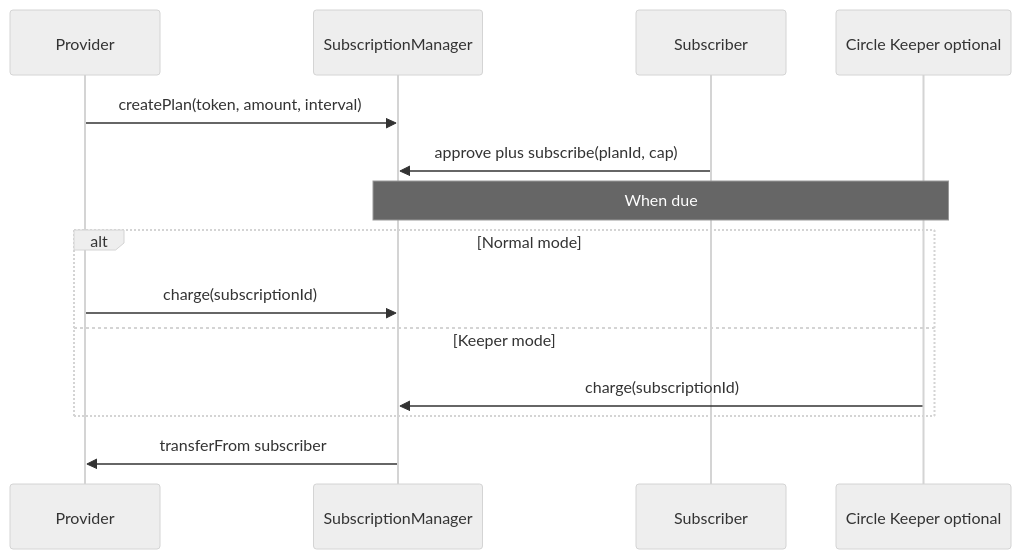
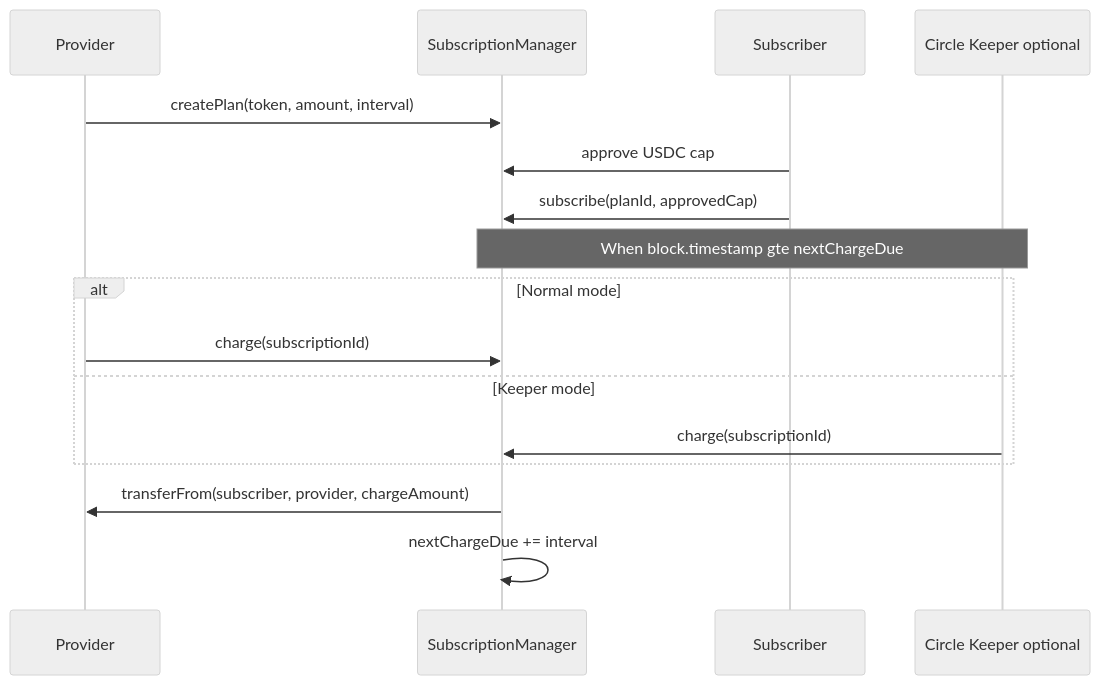
Before and after one commit to Marshal-AM/arcittance: the tenth of 15 diagrams in README.md, drawn with Mermaid (neutral theme). The commit also changed other lines of this file, not shown here.

````diff
--- a/README.md
+++ b/README.md
@@ -512,17 +774,19 @@
 ```mermaid
 sequenceDiagram
   participant Provider
   participant Contract as SubscriptionManager
   participant Subscriber
   participant Keeper as Circle Keeper optional
 
   Provider->>Contract: createPlan(token, amount, interval)
-  Subscriber->>Contract: approve plus subscribe(planId, cap)
-  Note over Keeper,Contract: When due
+  Subscriber->>Contract: approve USDC cap
+  Subscriber->>Contract: subscribe(planId, approvedCap)
+  Note over Keeper,Contract: When block.timestamp gte nextChargeDue
   alt Normal mode
     Provider->>Contract: charge(subscriptionId)
   else Keeper mode
     Keeper->>Contract: charge(subscriptionId)
   end
-  Contract->>Provider: transferFrom subscriber
+  Contract->>Provider: transferFrom(subscriber, provider, chargeAmount)
+  Contract->>Contract: nextChargeDue += interval
 ```
````
